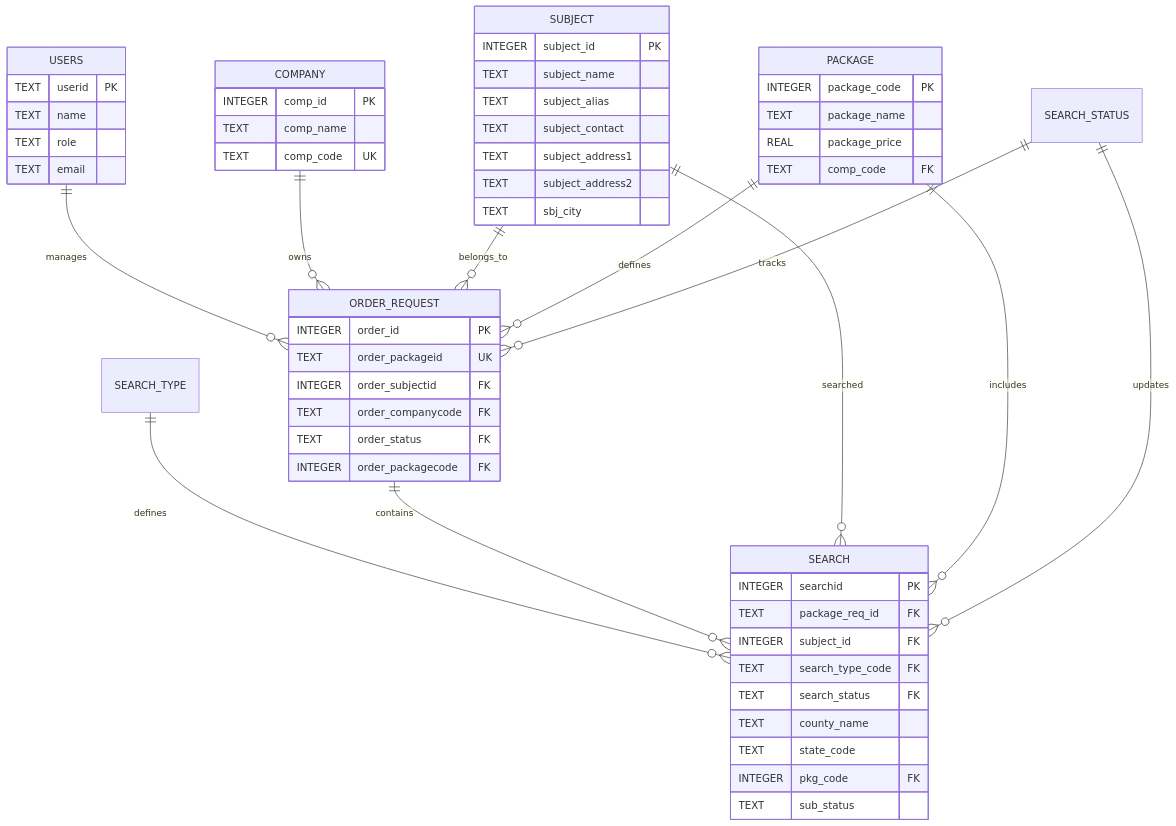
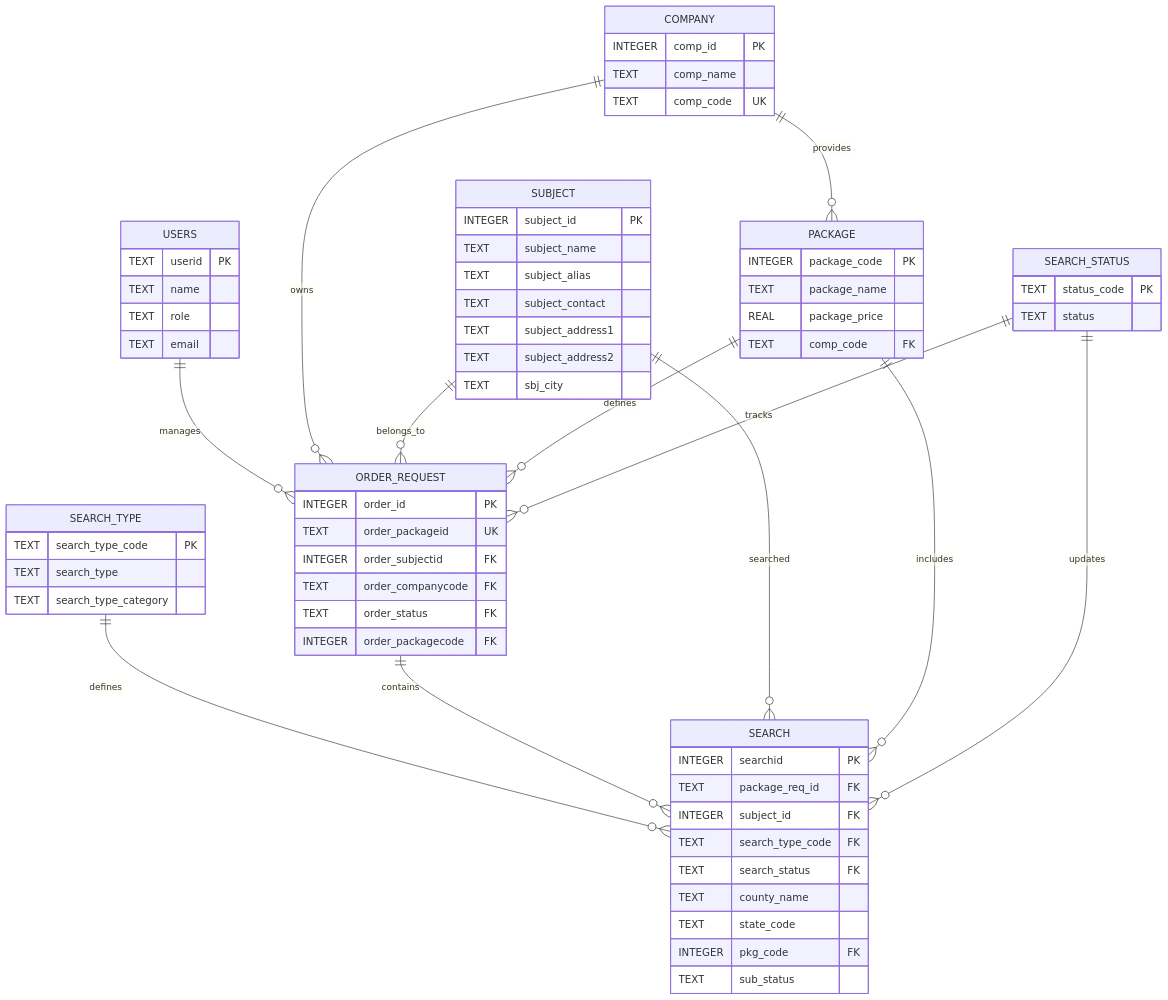
Before and after one commit to Moulika706/Nxt-B-Step: the fourth of 4 diagrams in README.md, drawn with Mermaid. The commit also changed other lines of this file, not shown here.

````diff
--- a/README.md
+++ b/README.md
@@ -429,64 +496,76 @@
 ```mermaid
 erDiagram
     USERS ||--o{ ORDER_REQUEST : "manages"
     COMPANY ||--o{ ORDER_REQUEST : "owns"
     SUBJECT ||--o{ ORDER_REQUEST : "belongs_to"
     PACKAGE ||--o{ ORDER_REQUEST : "defines"
     SEARCH_STATUS ||--o{ ORDER_REQUEST : "tracks"
     SEARCH_TYPE ||--o{ SEARCH : "defines"
     ORDER_REQUEST ||--o{ SEARCH : "contains"
     SUBJECT ||--o{ SEARCH : "searched"
     PACKAGE ||--o{ SEARCH : "includes"
     SEARCH_STATUS ||--o{ SEARCH : "updates"
+    COMPANY ||--o{ PACKAGE : "provides"
 
     USERS {
         TEXT userid PK
         TEXT name
         TEXT role
         TEXT email
     }
 
     COMPANY {
         INTEGER comp_id PK
         TEXT comp_name
         TEXT comp_code UK
     }
 
     SUBJECT {
         INTEGER subject_id PK
         TEXT subject_name
         TEXT subject_alias
         TEXT subject_contact
         TEXT subject_address1
         TEXT subject_address2
         TEXT sbj_city
     }
 
     PACKAGE {
         INTEGER package_code PK
         TEXT package_name
         REAL package_price
         TEXT comp_code FK
     }
 
+    SEARCH_STATUS {
+        TEXT status_code PK
+        TEXT status
+    }
+
+    SEARCH_TYPE {
+        TEXT search_type_code PK
+        TEXT search_type
+        TEXT search_type_category
+    }
+
     ORDER_REQUEST {
         INTEGER order_id PK
         TEXT order_packageid UK
         INTEGER order_subjectid FK
         TEXT order_companycode FK
         TEXT order_status FK
         INTEGER order_packagecode FK
     }
 
     SEARCH {
         INTEGER searchid PK
         TEXT package_req_id FK
         INTEGER subject_id FK
         TEXT search_type_code FK
         TEXT search_status FK
         TEXT county_name
         TEXT state_code
         INTEGER pkg_code FK
         TEXT sub_status
     }
 ```
````
